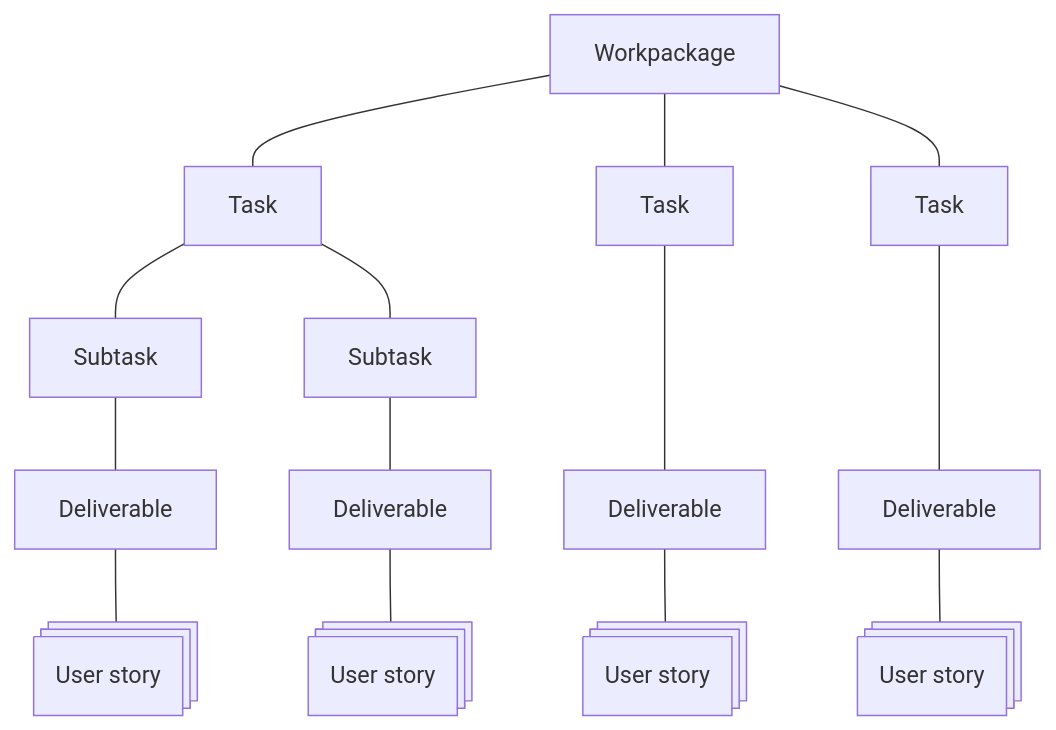
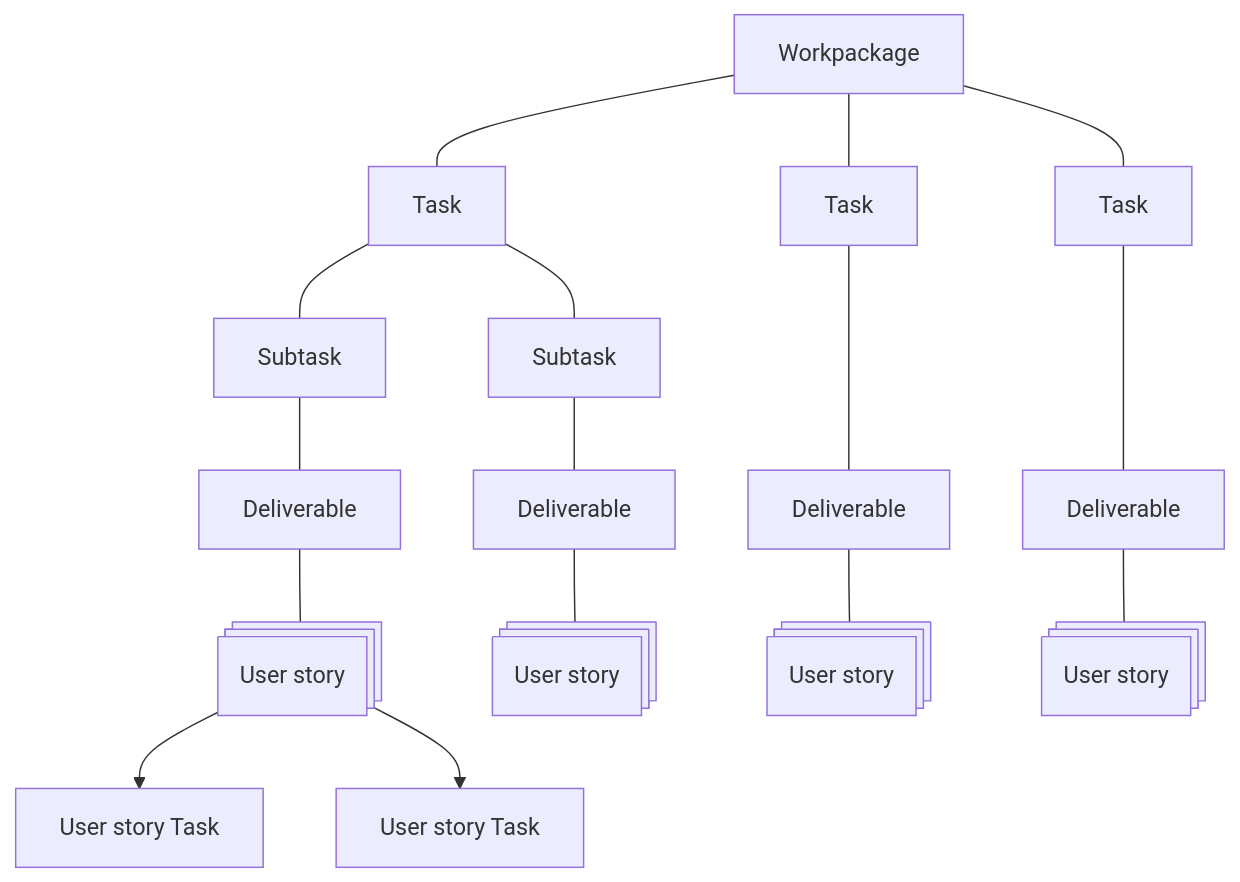
One commit to SURIMI-Project/SURIMI-project changed the diagram in IssueTypeHierarchy.md. Above: the diagram before and after it, drawn with Mermaid. The commit also changed other lines of this file, not shown here.

````diff
--- a/IssueTypeHierarchy.md
+++ b/IssueTypeHierarchy.md
@@ -13,20 +13,24 @@
 ```mermaid
 
 
 flowchart TD
     Workpackage1["Workpackage"] --- Task1["Task"]
     Workpackage1["Workpackage"] --- Task2["Task"]
     Workpackage1["Workpackage"] --- Task3["Task"]
     Task1["Task"] --- Subtask1["Subtask"]
     Task1["Task"] --- Subtask2["Subtask"]
     Subtask1["Subtask"] --- Deliverable1["Deliverable"]
     Subtask2["Subtask"] --- Deliverable2["Deliverable"]
     Deliverable1 --- A@{ shape: processes, label: "User story" }
     Deliverable2 --- B@{ shape: processes, label: "User story" }
     Task2["Task"] ---- Deliverable3["Deliverable"]
     Deliverable3 --- C@{ shape: processes, label: "User story" }
     Task3["Task"] ---- Deliverable4["Deliverable"]
     Deliverable4 --- D@{ shape: processes, label: "User story" }
 
 
+    %% Nieuwe blokken onder de linker User story
+    A --> A1["User story Task"]
+    A --> A2["User story Task"] 
+
 ```
````
